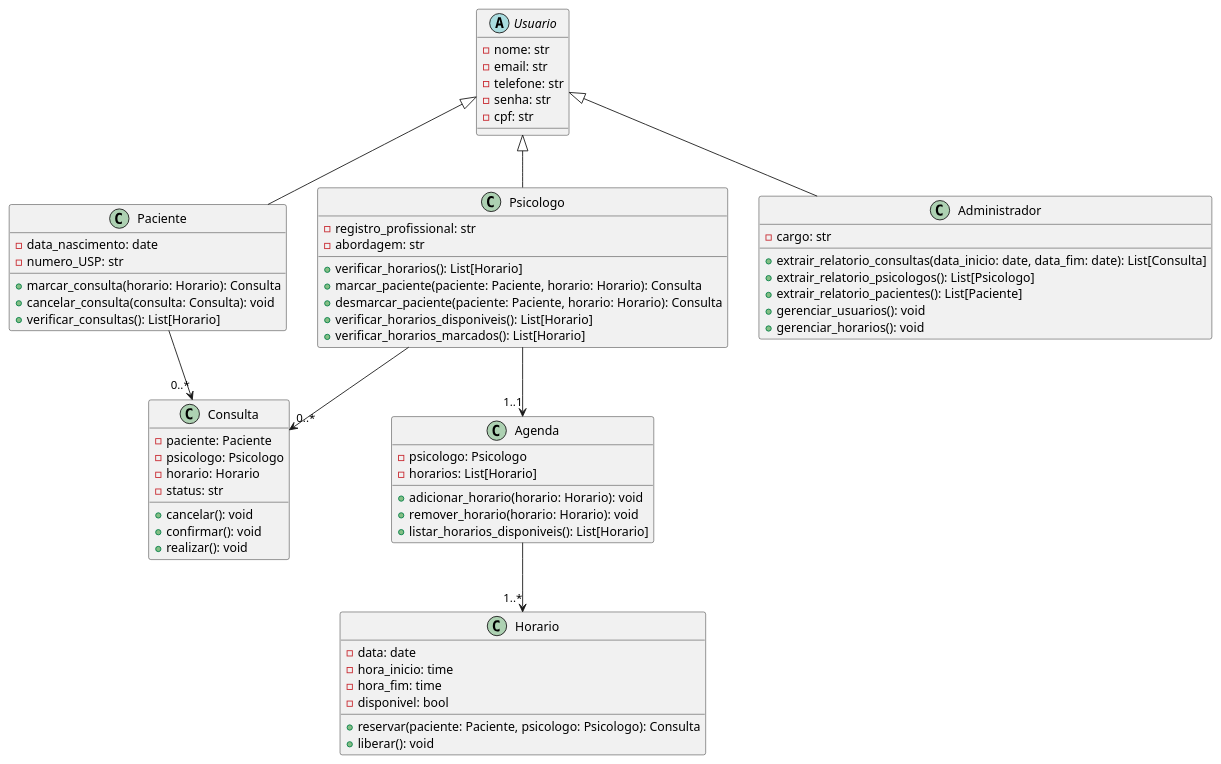
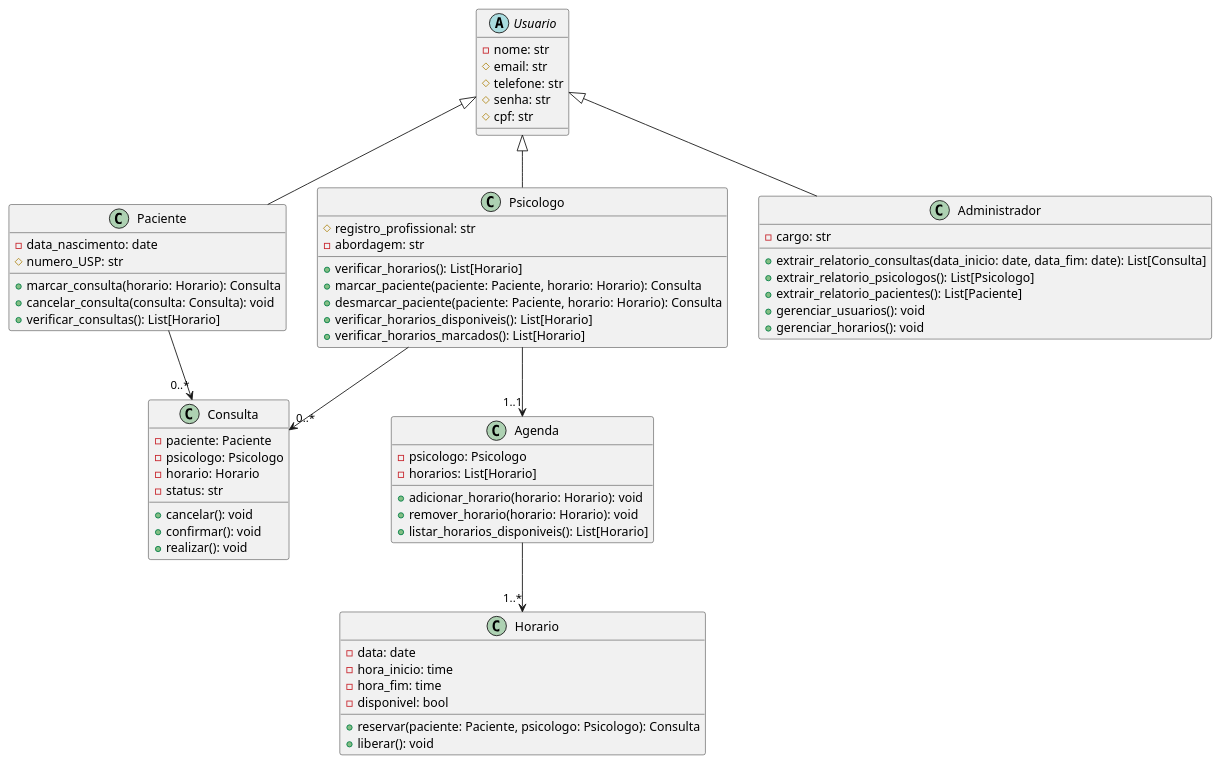
Before and after one commit to catarinamoreiralima/apoo: the diagram in classes.plantuml, drawn with PlantUML. The commit also changed 3 other files, not shown here.

Commit message:
correcoes diagramas

```diff
--- a/classes.plantuml
+++ b/classes.plantuml
@@ -1,74 +1,74 @@
 @startuml 
 
 abstract class Usuario {
   - nome: str
-  - email: str
-  - telefone: str
-  - senha: str
-  - cpf: str
+  # email: str
+  # telefone: str
+  # senha: str
+  # cpf: str
 }
 
 class Paciente {
   - data_nascimento: date
-  - numero_USP: str
+  # numero_USP: str
   + marcar_consulta(horario: Horario): Consulta
   + cancelar_consulta(consulta: Consulta): void
   + verificar_consultas(): List[Horario]
 }
 
 class Psicologo {
-  - registro_profissional: str
+  # registro_profissional: str
   - abordagem: str
   + verificar_horarios(): List[Horario]
   + marcar_paciente(paciente: Paciente, horario: Horario): Consulta
   + desmarcar_paciente(paciente: Paciente, horario: Horario): Consulta
   + verificar_horarios_disponiveis(): List[Horario]
   + verificar_horarios_marcados(): List[Horario]
 }
 
 class Consulta {
   - paciente: Paciente
   - psicologo: Psicologo
   - horario: Horario
   - status: str
   + cancelar(): void
   + confirmar(): void
   + realizar(): void
 }
 
 class Horario {
   - data: date
   - hora_inicio: time
   - hora_fim: time
   - disponivel: bool
   + reservar(paciente: Paciente, psicologo: Psicologo): Consulta
   + liberar(): void
 }
 
 class Agenda {
   - psicologo: Psicologo
   - horarios: List[Horario]
   + adicionar_horario(horario: Horario): void
   + remover_horario(horario: Horario): void
   + listar_horarios_disponiveis(): List[Horario]
 }
 
 class Administrador {
   - cargo: str
   + extrair_relatorio_consultas(data_inicio: date, data_fim: date): List[Consulta]
   + extrair_relatorio_psicologos(): List[Psicologo]
   + extrair_relatorio_pacientes(): List[Paciente]
   + gerenciar_usuarios(): void
   + gerenciar_horarios(): void
 }
 
 Usuario <|-- Paciente
 Usuario <|-- Psicologo
 Usuario <|-- Administrador
 Paciente --> "0..*" Consulta 
 Psicologo --> "0..*" Consulta
 Psicologo --> "1..1" Agenda
 Agenda --> "1..*" Horario
 
 
 @enduml
```
